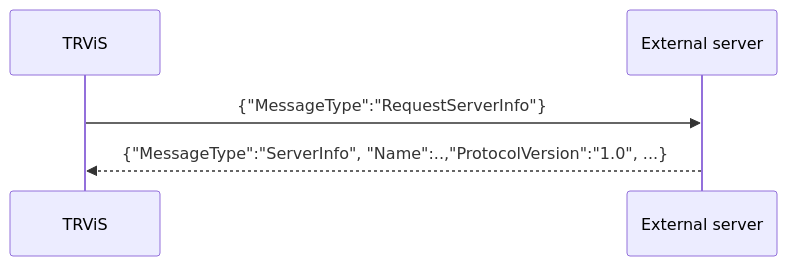
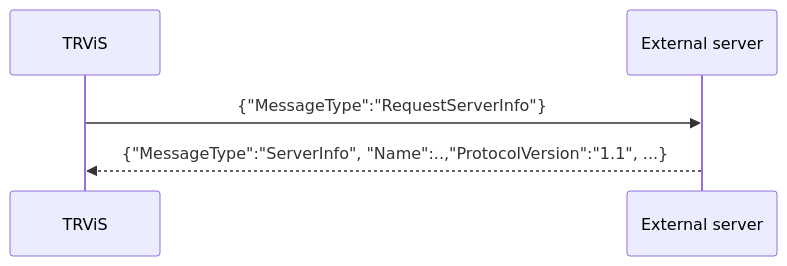
The first of 4 diagrams in docs/network-sync-service/en/client-to-server-messages.md (TetsuOtter/TRViS), drawn with Mermaid before and after one commit. The commit also changed other lines of this file and 31 other files, not shown here.

````diff
--- a/docs/network-sync-service/en/client-to-server-messages.md
+++ b/docs/network-sync-service/en/client-to-server-messages.md
@@ -91,7 +111,7 @@
 ```mermaid
 sequenceDiagram
     participant C as TRViS
     participant S as External server
     C->>S: {"MessageType":"RequestServerInfo"}
-    S-->>C: {"MessageType":"ServerInfo", "Name":..,"ProtocolVersion":"1.0", ...}
+    S-->>C: {"MessageType":"ServerInfo", "Name":..,"ProtocolVersion":"1.1", ...}
 ```
````
